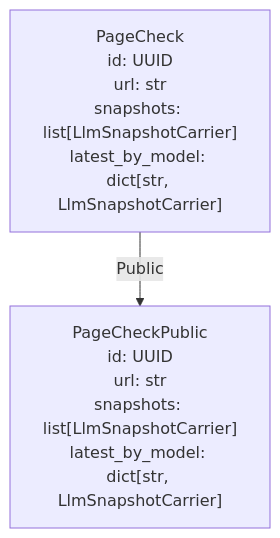
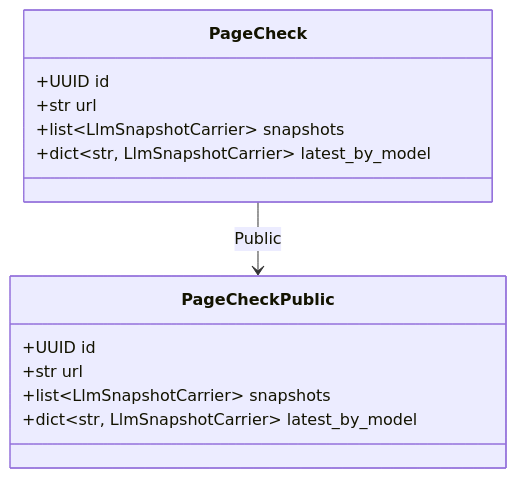
One commit to release-art/pydantic-prism changed the third of 4 diagrams in examples/embedded_refs/README.md. Above: the diagram before and after it, drawn with Mermaid. The commit also changed other lines of this file and 7 other files, not shown here.

````diff
--- a/examples/embedded_refs/README.md
+++ b/examples/embedded_refs/README.md
@@ -44,7 +57,17 @@
 ```mermaid
-graph TD
-    PageCheck["PageCheck<br/>id: UUID<br/>url: str<br/>snapshots: list[LlmSnapshotCarrier]<br/>latest_by_model: dict[str, LlmSnapshotCarrier]"]
-    PageCheckPublic["PageCheckPublic<br/>id: UUID<br/>url: str<br/>snapshots: list[LlmSnapshotCarrier]<br/>latest_by_model: dict[str, LlmSnapshotCarrier]"]
-    PageCheck -->|"Public"| PageCheckPublic
-    classDef partial stroke-dasharray: 5 5;
+classDiagram
+    direction TB
+    class PageCheck {
+        +UUID id
+        +str url
+        +list~LlmSnapshotCarrier~ snapshots
+        +dict~str, LlmSnapshotCarrier~ latest_by_model
+    }
+    class PageCheckPublic {
+        +UUID id
+        +str url
+        +list~LlmSnapshotCarrier~ snapshots
+        +dict~str, LlmSnapshotCarrier~ latest_by_model
+    }
+    PageCheck --> PageCheckPublic : Public
 ```
````
